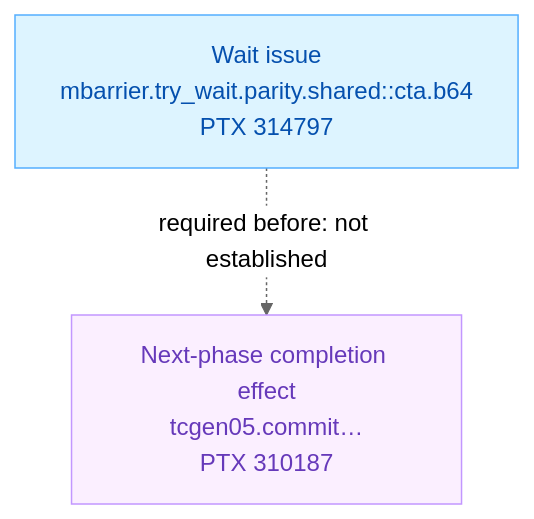
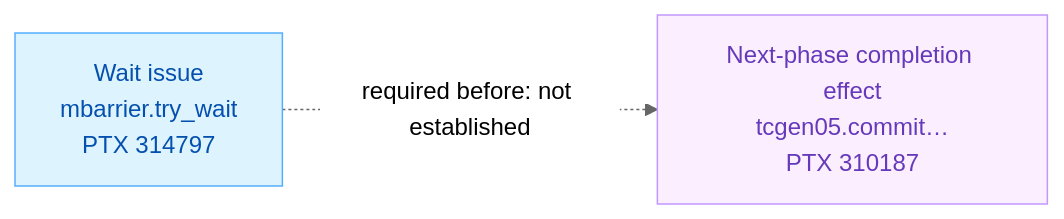
The first of 2 diagrams in docs/report-skill/fmha/report.md (gpu-verifier/sentryward), drawn with Mermaid (neutral theme) before and after one commit. The commit also changed other lines of this file and 29 other files, not shown here.

````diff
--- a/docs/report-skill/fmha/report.md
+++ b/docs/report-skill/fmha/report.md
@@ -59,11 +23,11 @@
 ```mermaid
-flowchart TB
-  I["Wait issue<br/>mbarrier.try_wait.parity.shared::cta.b64<br/>PTX 314797"]
+flowchart LR
+  I["Wait issue<br/>mbarrier.try_wait<br/>PTX 314797"]
   R["Next-phase completion effect<br/>tcgen05.commit…<br/>PTX 310187"]
   I -. "required before: not established" .-> R
   classDef context fill:#f6f8fa,stroke:#8c959f,color:#24292f
   classDef operation fill:#ddf4ff,stroke:#54aeff,color:#0550ae
   classDef focus fill:#fbefff,stroke:#c297ff,color:#6639ba
   class I operation
   class R focus
 ```
````
